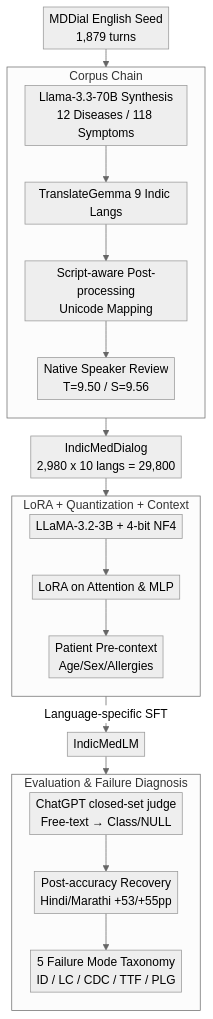
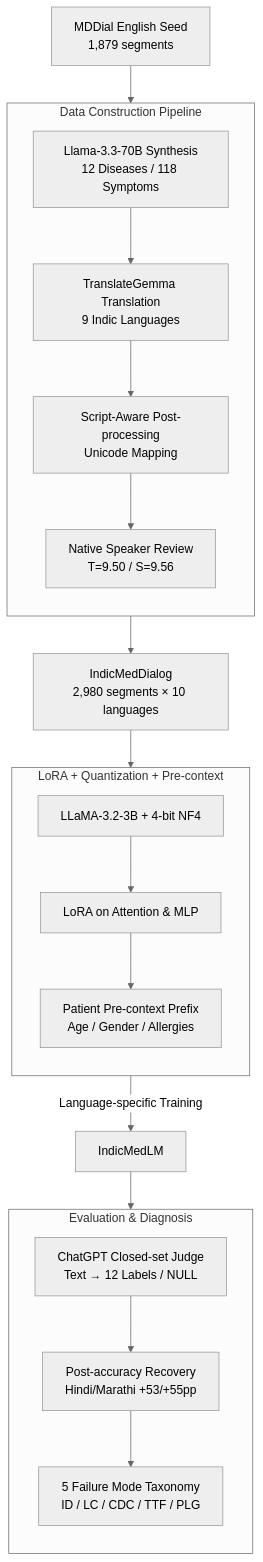
One commit to zhaoyang97/Paper-Notes-en changed the diagram in docs/ACL2026/medical_nlp/indicmeddialog_a_parallel_multi-turn_medical_dialogue_dataset_for_accessible_hea.md. Above: the diagram before and after it, drawn with Mermaid (neutral theme). The commit also changed other lines of this file and 5084 other files, not shown here.

````diff
--- a/docs/ACL2026/medical_nlp/indicmeddialog_a_parallel_multi-turn_medical_dialogue_dataset_for_accessible_hea.md
+++ b/docs/ACL2026/medical_nlp/indicmeddialog_a_parallel_multi-turn_medical_dialogue_dataset_for_accessible_hea.md
@@ -46,25 +46,24 @@
 ```mermaid
-%%{init: {'flowchart': {'rankSpacing': 24, 'nodeSpacing': 28, 'padding': 4}}}%%
-flowchart TD
-    A["MDDial English Seed<br/>1,879 turns"] --> S1
-    subgraph S1["Corpus Chain"]
+graph TD
+    A["MDDial English Seed<br/>1,879 segments"] --> S1
+    subgraph S1["Data Construction Pipeline"]
         direction TB
-        B["Llama-3.3-70B Synthesis<br/>12 Diseases / 118 Symptoms"] --> C["TranslateGemma 9 Indic Langs"]
-        C --> D["Script-aware Post-processing<br/>Unicode Mapping"]
+        B["Llama-3.3-70B Synthesis<br/>12 Diseases / 118 Symptoms"] --> C["TranslateGemma Translation<br/>9 Indic Languages"]
+        C --> D["Script-Aware Post-processing<br/>Unicode Mapping"]
         D --> E["Native Speaker Review<br/>T=9.50 / S=9.56"]
     end
-    S1 --> F["IndicMedDialog<br/>2,980 x 10 langs = 29,800"]
+    S1 --> F["IndicMedDialog<br/>2,980 segments × 10 languages"]
     F --> S2
-    subgraph S2["LoRA + Quantization + Context"]
+    subgraph S2["LoRA + Quantization + Pre-context"]
         direction TB
         G["LLaMA-3.2-3B + 4-bit NF4"] --> H["LoRA on Attention & MLP"]
-        H --> I["Patient Pre-context<br/>Age/Sex/Allergies"]
+        H --> I["Patient Pre-context Prefix<br/>Age / Gender / Allergies"]
     end
-    S2 -->|Language-specific SFT| J["IndicMedLM"]
+    S2 -->|Language-specific Training| J["IndicMedLM"]
     J --> S3
-    subgraph S3["Evaluation & Failure Diagnosis"]
+    subgraph S3["Evaluation & Diagnosis"]
         direction TB
-        K["ChatGPT closed-set judge<br/>Free-text → Class/NULL"] --> L["Post-accuracy Recovery<br/>Hindi/Marathi +53/+55pp"]
+        K["ChatGPT Closed-set Judge<br/>Text → 12 Labels / NULL"] --> L["Post-accuracy Recovery<br/>Hindi/Marathi +53/+55pp"]
         L --> M["5 Failure Mode Taxonomy<br/>ID / LC / CDC / TTF / PLG"]
     end
 ```
````
